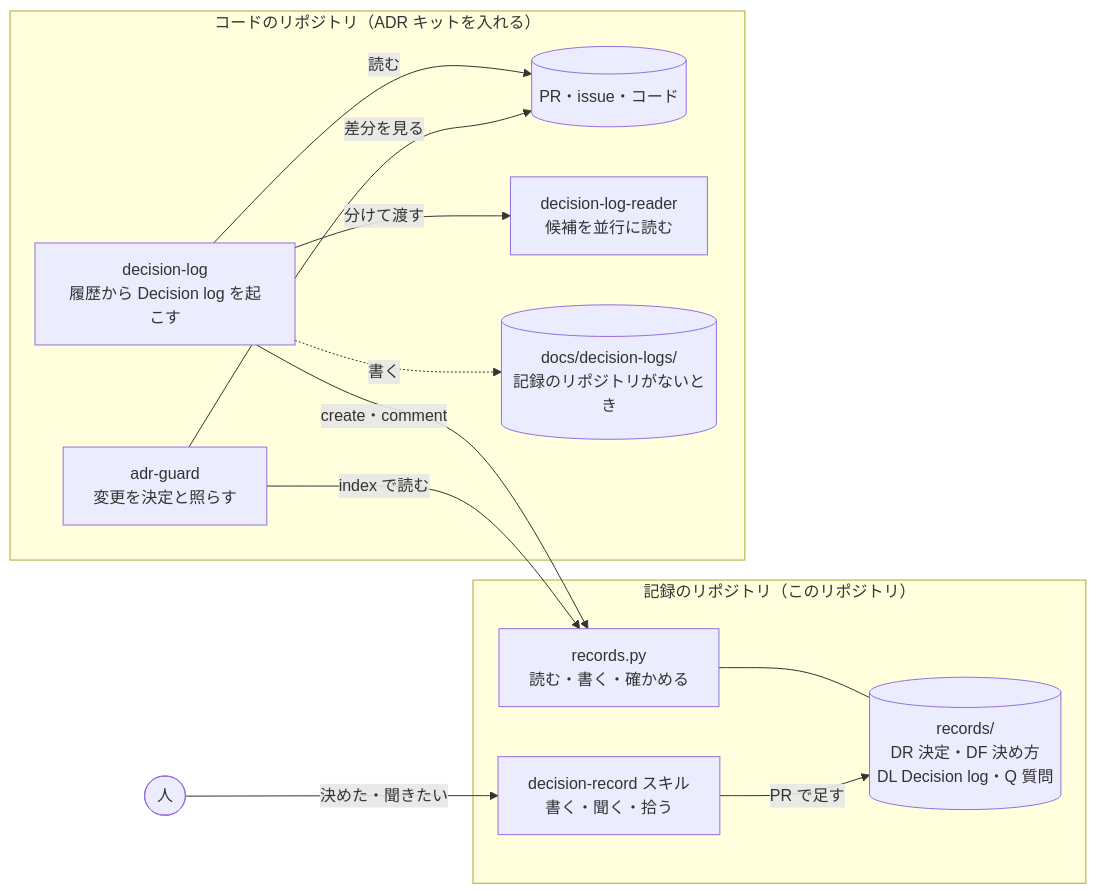
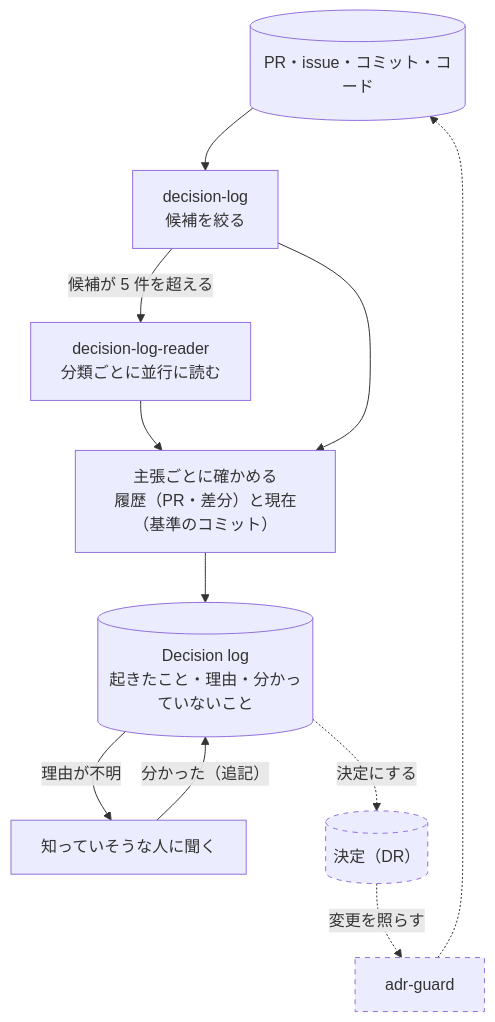
Before and after one commit to MichinaoShimizu/decision-continuity: the diagram in README.md, drawn with Mermaid. The commit also changed other lines of this file, not shown here.

First line of the commit message:
README: 説明を削り、流れの図だけにする (#41)

````diff
--- a/README.md
+++ b/README.md
@@ -62,25 +7,16 @@
 ```mermaid
-flowchart LR
-    person(["人"])
-    subgraph store["記録のリポジトリ（このリポジトリ）"]
-        records[("records/<br>DR 決定・DF 決め方<br>DL Decision log・Q 質問")]
-        tool["records.py<br>読む・書く・確かめる"]
-        dr["decision-record スキル<br>書く・聞く・拾う"]
-    end
-    subgraph code["コードのリポジトリ（ADR キットを入れる）"]
-        history[("PR・issue・コード")]
-        guard["adr-guard<br>変更を決定と照らす"]
-        dlog["decision-log<br>履歴から Decision log を起こす"]
-        reader["decision-log-reader<br>候補を並行に読む"]
-        docs[("docs/decision-logs/<br>記録のリポジトリがないとき")]
-    end
-    person -- "決めた・聞きたい" --> dr
-    dr -- "PR で足す" --> records
-    tool --- records
-    guard -- "index で読む" --> tool
-    guard -- "差分を見る" --> history
-    dlog -- "読む" --> history
-    dlog -- "分けて渡す" --> reader
-    dlog -- "create・comment" --> tool
-    dlog -. "書く" .-> docs
+flowchart TD
+    H[("PR・issue・コミット・コード")] --> L["decision-log<br>候補を絞る"]
+    L -- "候補が 5 件を超える" --> R["decision-log-reader<br>分類ごとに並行に読む"]
+    R --> V
+    L --> V["主張ごとに確かめる<br>履歴（PR・差分）と現在（基準のコミット）"]
+    V --> D[("Decision log<br>起きたこと・理由・分かっていないこと")]
+    D -- "理由が不明" --> Q["知っていそうな人に聞く"]
+    Q -- "分かった（追記）" --> D
+    D -. "決定にする" .-> DR[("決定（DR）")]
+    DR -. "変更を照らす" .-> G["adr-guard"]
+    G -.-> H
+
+    classDef rethink stroke-dasharray: 5 5
+    class DR,G rethink
 ```
````
